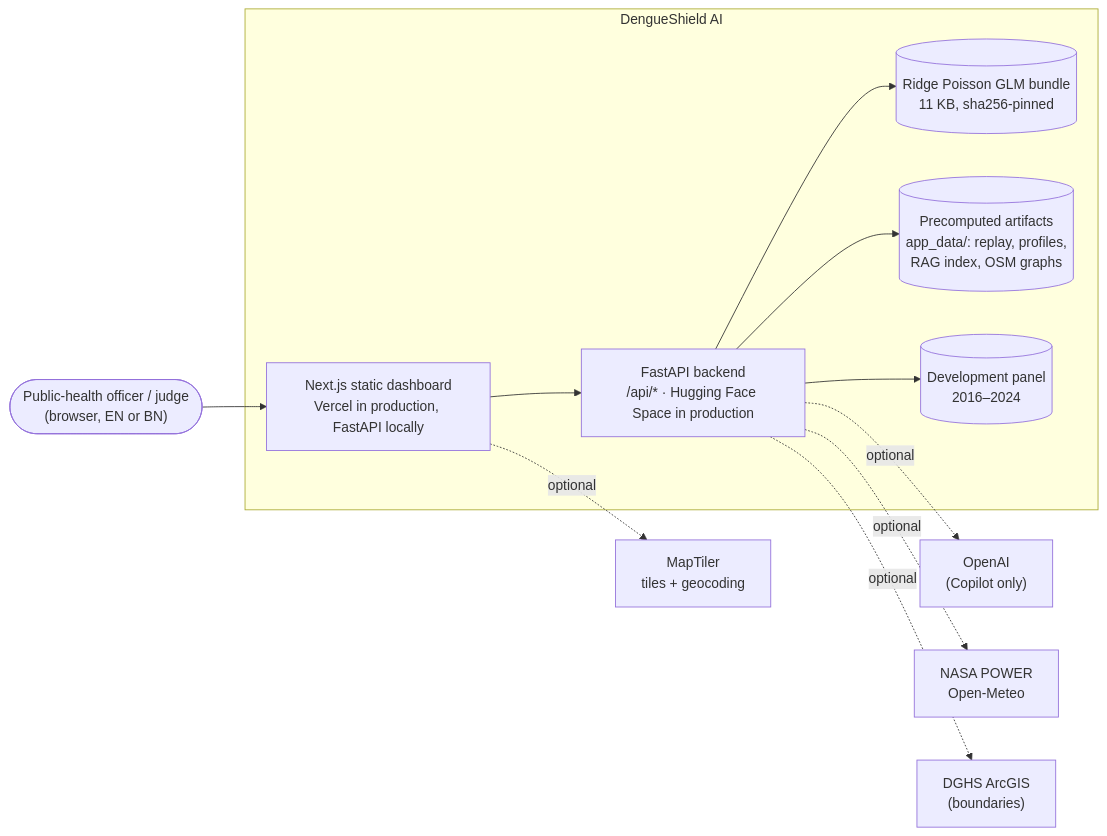
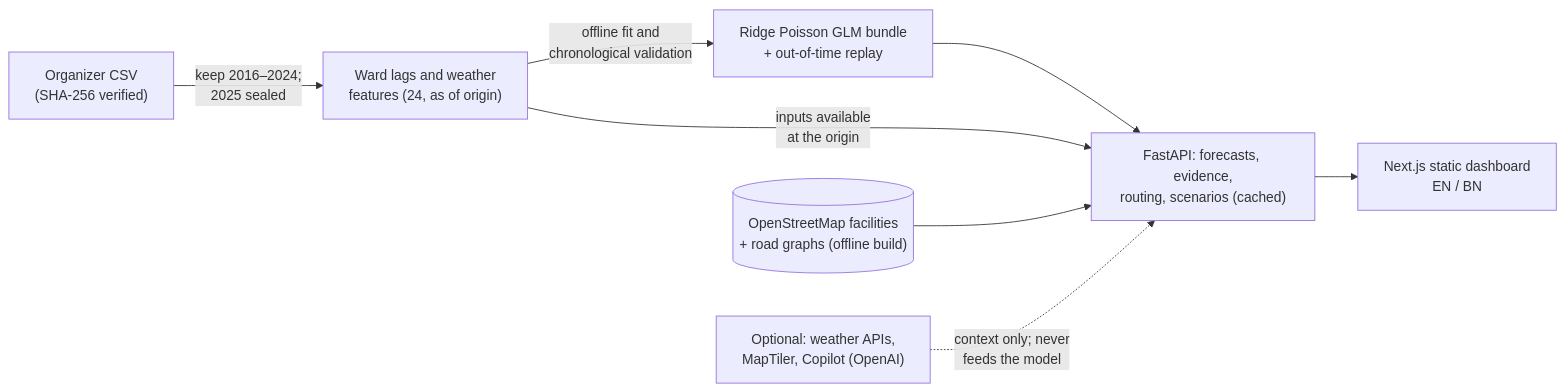
Before and after one commit to A-K-M-Asifuzzaman/EDU_HACKATHON: the diagram in ARCHITECTURE.md, drawn with Mermaid. The commit also changed other lines of this file and 115 other files, not shown here.

````diff
--- a/ARCHITECTURE.md
+++ b/ARCHITECTURE.md
@@ -252,21 +10,17 @@
 ```mermaid
 flowchart LR
-    user(["Public-health officer / judge<br/>(browser, EN or BN)"])
-    subgraph app["DengueShield AI"]
-        ui["Next.js static dashboard<br/>Vercel in production, FastAPI locally"]
-        api["FastAPI backend<br/>/api/* · Hugging Face Space in production"]
-        model[("Ridge Poisson GLM bundle<br/>11 KB, sha256-pinned")]
-        art[("Precomputed artifacts<br/>app_data/: replay, profiles,<br/>RAG index, OSM graphs")]
-        csv[("Development panel<br/>2016–2024")]
-    end
-    openai["OpenAI<br/>(Copilot only)"]
-    wx["NASA POWER<br/>Open-Meteo"]
-    tiles["MapTiler<br/>tiles + geocoding"]
-    dghs["DGHS ArcGIS<br/>(boundaries)"]
-    user --> ui --> api
-    api --> model & art & csv
-    api -. optional .-> openai
-    api -. optional .-> wx
-    api -. optional .-> dghs
-    ui -. optional .-> tiles
+  source["Organizer CSV<br/>(SHA-256 verified)"]
+  features["Ward lags and weather<br/>features (24, as of origin)"]
+  model["Ridge Poisson GLM bundle<br/>+ out-of-time replay"]
+  api["FastAPI: forecasts, evidence,<br/>routing, scenarios (cached)"]
+  ui["Next.js static dashboard<br/>EN / BN"]
+  osm[("OpenStreetMap facilities<br/>+ road graphs (offline build)")]
+  ext["Optional: weather APIs,<br/>MapTiler, Copilot (OpenAI)"]
+  source -->|"keep 2016–2024;<br/>2025 sealed"| features
+  features -->|"offline fit and<br/>chronological validation"| model
+  model --> api
+  features -->|"inputs available<br/>at the origin"| api
+  osm --> api
+  api --> ui
+  ext -.->|"context only; never<br/>feeds the model"| api
 ```
````
